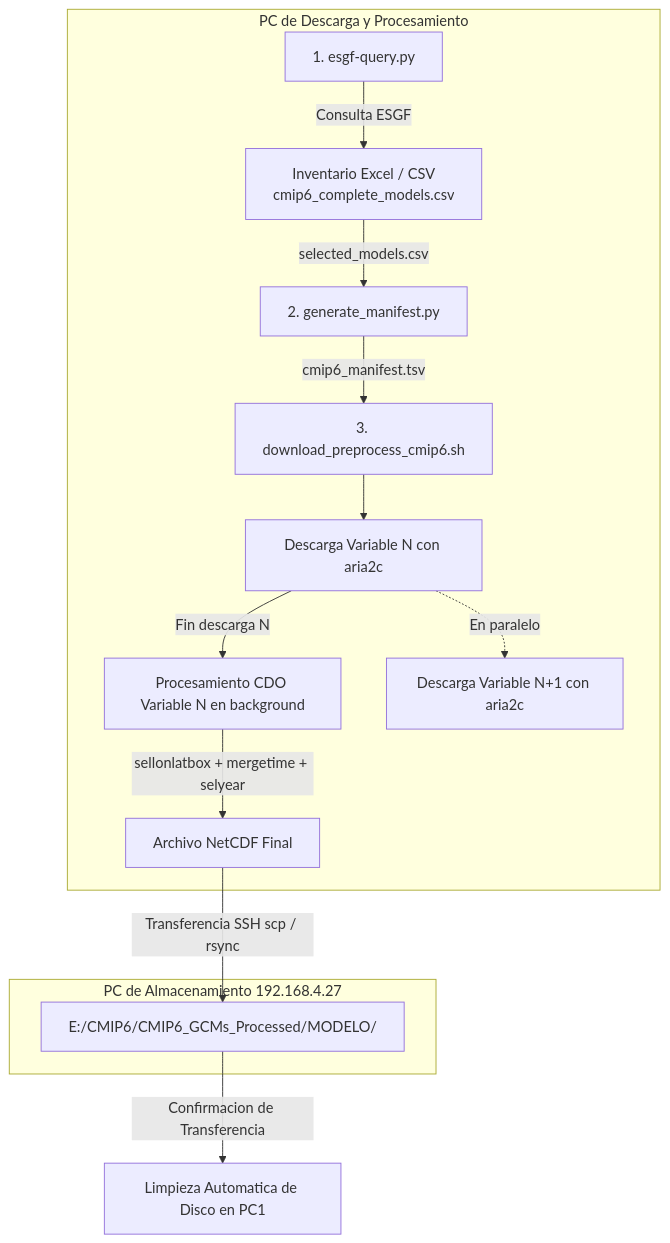
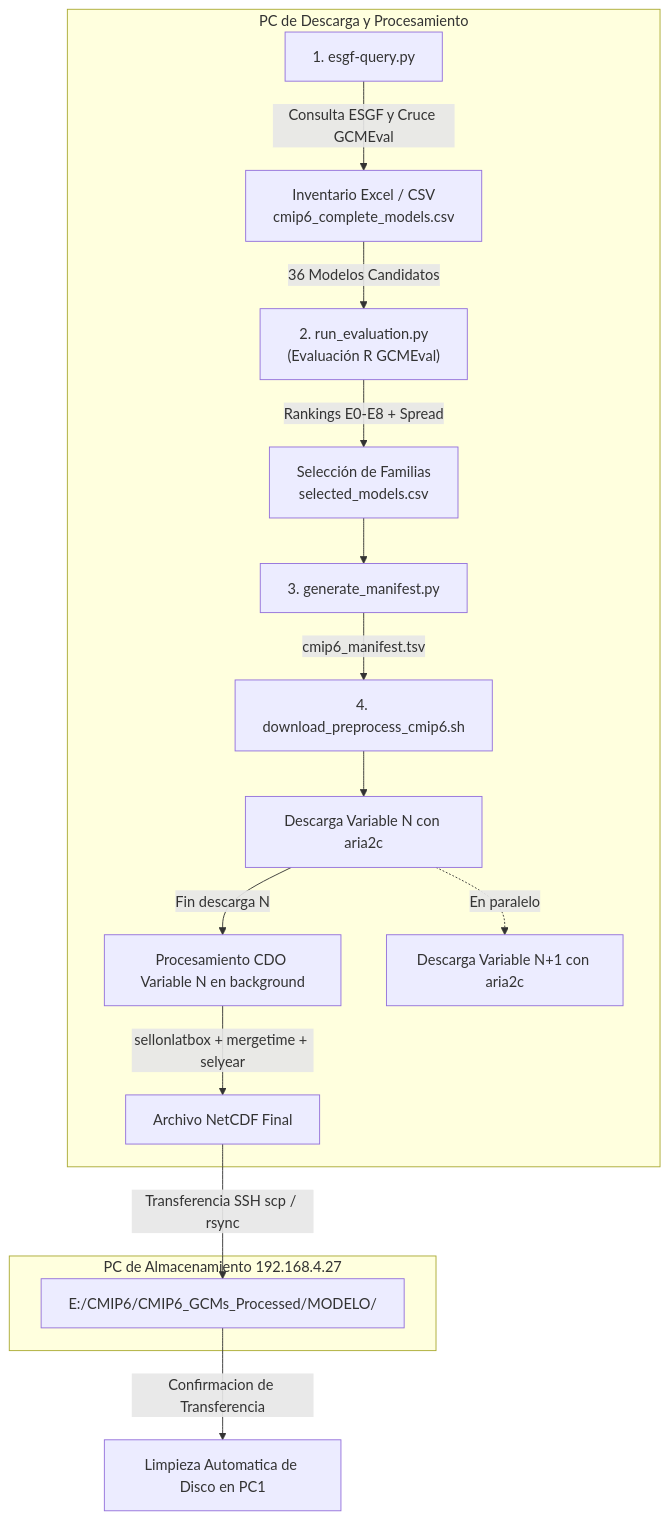
The second of 2 diagrams in README.md (wabarca/cmpi6-deepsd-gcmeval-availability), drawn with Mermaid before and after one commit. The commit also changed other lines of this file and 1 other file, not shown here.

Commit message:
feat(orchestrator): agregar run_evaluation.py para orquestar la evaluacion R de GCMEval desde Python

````diff
--- a/README.md
+++ b/README.md
@@ -377,18 +377,20 @@
 ```mermaid
 flowchart TD
     subgraph PC1["PC de Descarga y Procesamiento"]
-        A["1. esgf-query.py"] -->|Consulta ESGF| B["Inventario Excel / CSV<br>cmip6_complete_models.csv"]
-        B -->|selected_models.csv| C["2. generate_manifest.py"]
-        C -->|cmip6_manifest.tsv| D["3. download_preprocess_cmip6.sh"]
-        D --> E["Descarga Variable N con aria2c"]
-        E -->|Fin descarga N| F["Procesamiento CDO Variable N en background"]
-        E -.->|En paralelo| G["Descarga Variable N+1 con aria2c"]
-        F -->|sellonlatbox + mergetime + selyear| H["Archivo NetCDF Final"]
+        A["1. esgf-query.py"] -->|Consulta ESGF y Cruce GCMEval| B["Inventario Excel / CSV<br>cmip6_complete_models.csv"]
+        B -->|36 Modelos Candidatos| C["2. run_evaluation.py<br>(Evaluación R GCMEval)"]
+        C -->|Rankings E0-E8 + Spread| D["Selección de Familias<br>selected_models.csv"]
+        D --> E["3. generate_manifest.py"]
+        E -->|cmip6_manifest.tsv| F["4. download_preprocess_cmip6.sh"]
+        F --> G["Descarga Variable N con aria2c"]
+        G -->|Fin descarga N| H["Procesamiento CDO Variable N en background"]
+        G -.->|En paralelo| I["Descarga Variable N+1 con aria2c"]
+        H -->|sellonlatbox + mergetime + selyear| J["Archivo NetCDF Final"]
     end
     
     subgraph PC2["PC de Almacenamiento 192.168.4.27"]
-        H -->|Transferencia SSH scp / rsync| I["E:/CMIP6/CMIP6_GCMs_Processed/MODELO/"]
+        J -->|Transferencia SSH scp / rsync| K["E:/CMIP6/CMIP6_GCMs_Processed/MODELO/"]
     end
     
-    I -->|Confirmacion de Transferencia| J["Limpieza Automatica de Disco en PC1"]
+    K -->|Confirmacion de Transferencia| L["Limpieza Automatica de Disco en PC1"]
 ```
````
